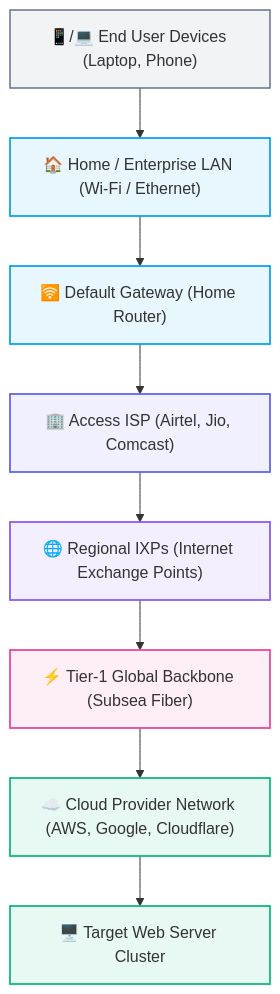
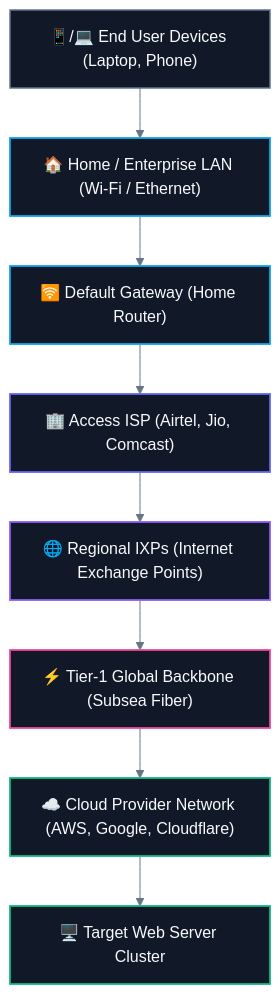
Before and after one commit to abhinavbharti2345/CS_Notes: the second of 5 diagrams in CS/Computer Networking/01. Architecture & Fundamentals/01. Introduction to Computer Networks.md, drawn with Mermaid. The commit also changed other lines of this file and 195 other files, not shown here.

````diff
--- a/CS/Computer Networking/01. Architecture & Fundamentals/01. Introduction to Computer Networks.md
+++ b/CS/Computer Networking/01. Architecture & Fundamentals/01. Introduction to Computer Networks.md
@@ -62,24 +63,25 @@
 ```mermaid
+%%{init: {'theme': 'base', 'themeVariables': { 'darkMode': true, 'background': '#0B0F14', 'mainBkg': '#111827', 'primaryColor': '#111827', 'primaryTextColor': '#F8FAFC', 'primaryBorderColor': '#38BDF8', 'lineColor': '#64748B', 'secondaryColor': '#0B0F14', 'tertiaryColor': '#0B0F14', 'clusterBkg': '#0B0F14', 'clusterBorder': '#38BDF8' }}}%%
 flowchart TD
     Device["📱/💻 End User Devices (Laptop, Phone)"] --> LAN["🏠 Home / Enterprise LAN (Wi-Fi / Ethernet)"]
     LAN --> Gateway["🛜 Default Gateway (Home Router)"]
     Gateway --> AccessISP["🏢 Access ISP (Airtel, Jio, Comcast)"]
     AccessISP --> IXP["🌐 Regional IXPs (Internet Exchange Points)"]
     IXP --> Backbone["⚡ Tier-1 Global Backbone (Subsea Fiber)"]
     Backbone --> CloudNet["☁️ Cloud Provider Network (AWS, Google, Cloudflare)"]
     CloudNet --> TargetServer["🖥️ Target Web Server Cluster"]
 
-    classDef c1 fill:#64748b15,stroke:#64748b,stroke-width:1.5px;
-    classDef c2 fill:#0ea5e918,stroke:#0ea5e9,stroke-width:1.8px;
-    classDef c3 fill:#6366f118,stroke:#6366f1,stroke-width:1.8px;
-    classDef c4 fill:#8b5cf618,stroke:#8b5cf6,stroke-width:1.8px;
-    classDef c5 fill:#ec489918,stroke:#ec4899,stroke-width:1.8px;
-    classDef c6 fill:#10b98118,stroke:#10b981,stroke-width:1.8px;
+    classDef c1 fill:#111827,stroke:#64748b,stroke-width:1.5px,color:#F8FAFC;
+    classDef c2 fill:#111827,stroke:#0ea5e9,stroke-width:1.8px,color:#F8FAFC;
+    classDef c3 fill:#111827,stroke:#6366f1,stroke-width:1.8px,color:#F8FAFC;
+    classDef c4 fill:#111827,stroke:#8b5cf6,stroke-width:1.8px,color:#F8FAFC;
+    classDef c5 fill:#111827,stroke:#ec4899,stroke-width:1.8px,color:#F8FAFC;
+    classDef c6 fill:#111827,stroke:#10b981,stroke-width:1.8px,color:#F8FAFC;
 
     class Device c1;
     class LAN,Gateway c2;
     class AccessISP c3;
     class IXP c4;
     class Backbone c5;
     class CloudNet,TargetServer c6;
 ```
````
